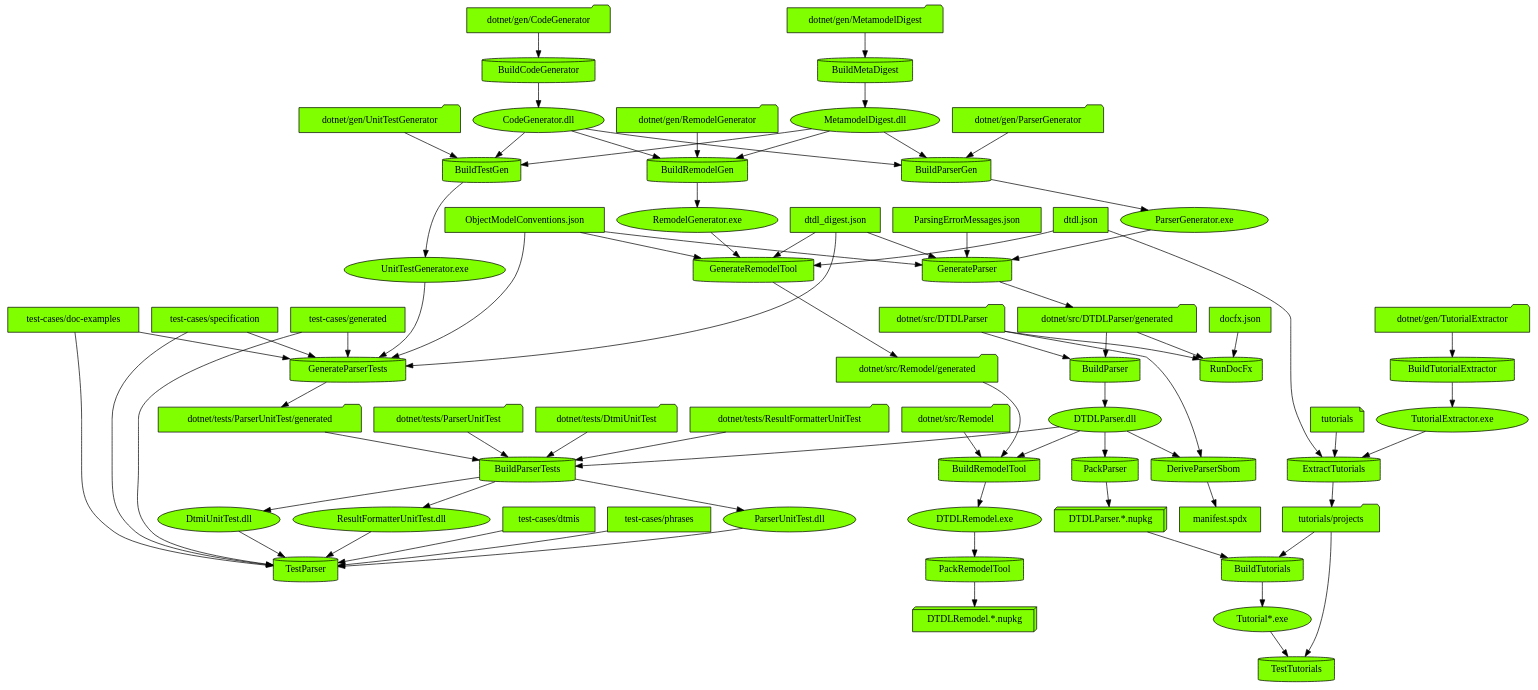
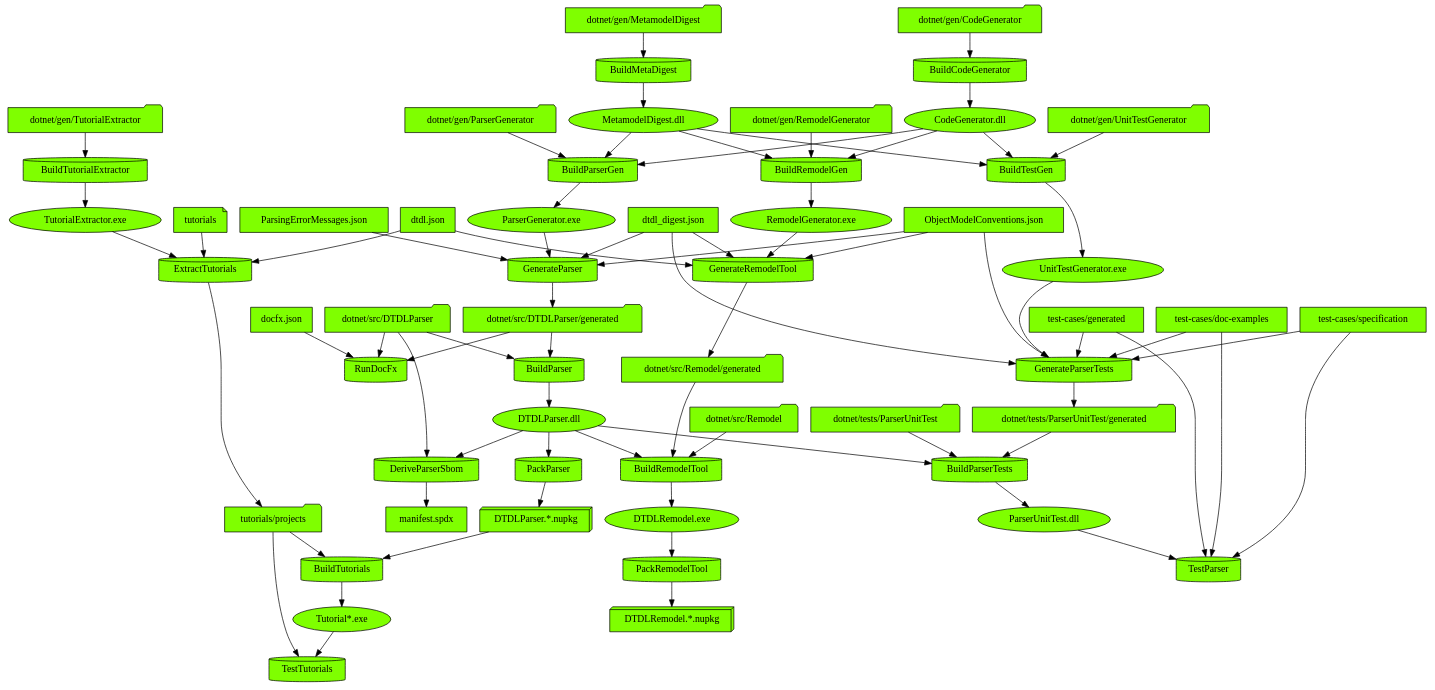
Before and after one commit to digitaltwinconsortium/DTDLParser: the diagram in images/input/generated/DevelopFlowDiagram.dot, drawn with Graphviz. The commit also changed 17 other files, not shown here.

```diff
--- a/images/input/generated/DevelopFlowDiagram.dot
+++ b/images/input/generated/DevelopFlowDiagram.dot
@@ -1,115 +1,123 @@
 digraph {
   {
+    "BuildTutorialExtractor" [shape=cylinder style=filled fillcolor=chartreuse]
+    "PackRemodelTool" [shape=cylinder style=filled fillcolor=chartreuse]
+    "GenerateParser" [shape=cylinder style=filled fillcolor=chartreuse]
+    "BuildRemodelGen" [shape=cylinder style=filled fillcolor=chartreuse]
+    "TestParser" [shape=cylinder style=filled fillcolor=chartreuse]
+    "PackParser" [shape=cylinder style=filled fillcolor=chartreuse]
+    "GenerateRemodelTool" [shape=cylinder style=filled fillcolor=chartreuse]
+    "TestTutorials" [shape=cylinder style=filled fillcolor=chartreuse]
     "BuildCodeGenerator" [shape=cylinder style=filled fillcolor=chartreuse]
+    "DeriveParserSbom" [shape=cylinder style=filled fillcolor=chartreuse]
+    "BuildTestGen" [shape=cylinder style=filled fillcolor=chartreuse]
+    "BuildRemodelTool" [shape=cylinder style=filled fillcolor=chartreuse]
+    "BuildParser" [shape=cylinder style=filled fillcolor=chartreuse]
+    "RunDocFx" [shape=cylinder style=filled fillcolor=chartreuse]
+    "ExtractTutorials" [shape=cylinder style=filled fillcolor=chartreuse]
+    "BuildTutorials" [shape=cylinder style=filled fillcolor=chartreuse]
+    "BuildParserGen" [shape=cylinder style=filled fillcolor=chartreuse]
     "BuildMetaDigest" [shape=cylinder style=filled fillcolor=chartreuse]
-    "BuildParser" [shape=cylinder style=filled fillcolor=chartreuse]
-    "BuildParserGen" [shape=cylinder style=filled fillcolor=chartreuse]
     "BuildParserTests" [shape=cylinder style=filled fillcolor=chartreuse]
-    "BuildRemodelGen" [shape=cylinder style=filled fillcolor=chartreuse]
-    "BuildRemodelTool" [shape=cylinder style=filled fillcolor=chartreuse]
-    "BuildTestGen" [shape=cylinder style=filled fillcolor=chartreuse]
-    "BuildTutorialExtractor" [shape=cylinder style=filled fillcolor=chartreuse]
-    "BuildTutorials" [shape=cylinder style=filled fillcolor=chartreuse]
-    "DeriveParserSbom" [shape=cylinder style=filled fillcolor=chartreuse]
-    "ExtractTutorials" [shape=cylinder style=filled fillcolor=chartreuse]
-    "GenerateParser" [shape=cylinder style=filled fillcolor=chartreuse]
     "GenerateParserTests" [shape=cylinder style=filled fillcolor=chartreuse]
-    "GenerateRemodelTool" [shape=cylinder style=filled fillcolor=chartreuse]
-    "PackParser" [shape=cylinder style=filled fillcolor=chartreuse]
-    "PackRemodelTool" [shape=cylinder style=filled fillcolor=chartreuse]
-    "RunDocFx" [shape=cylinder style=filled fillcolor=chartreuse]
-    "TestParser" [shape=cylinder style=filled fillcolor=chartreuse]
-    "TestTutorials" [shape=cylinder style=filled fillcolor=chartreuse]
-    "dotnet/gen/CodeGenerator" [shape=folder style=filled fillcolor=chartreuse]
-    "CodeGenerator.dll" [shape=ellipse style=filled fillcolor=chartreuse]
-    "dotnet/gen/MetamodelDigest" [shape=folder style=filled fillcolor=chartreuse]
-    "MetamodelDigest.dll" [shape=ellipse style=filled fillcolor=chartreuse]
-    "dotnet/src/DTDLParser" [shape=folder style=filled fillcolor=chartreuse]
-    "dotnet/src/DTDLParser/generated" [shape=folder style=filled fillcolor=chartreuse]
-    "DTDLParser.dll" [shape=ellipse style=filled fillcolor=chartreuse]
-    "dotnet/gen/ParserGenerator" [shape=folder style=filled fillcolor=chartreuse]
-    "ParserGenerator.exe" [shape=ellipse style=filled fillcolor=chartreuse]
-    "dotnet/tests/DtmiUnitTest" [shape=folder style=filled fillcolor=chartreuse]
-    "DtmiUnitTest.dll" [shape=ellipse style=filled fillcolor=chartreuse]
-    "dotnet/tests/ResultFormatterUnitTest" [shape=folder style=filled fillcolor=chartreuse]
-    "ResultFormatterUnitTest.dll" [shape=ellipse style=filled fillcolor=chartreuse]
-    "dotnet/tests/ParserUnitTest" [shape=folder style=filled fillcolor=chartreuse]
-    "dotnet/tests/ParserUnitTest/generated" [shape=folder style=filled fillcolor=chartreuse]
-    "ParserUnitTest.dll" [shape=ellipse style=filled fillcolor=chartreuse]
-    "dotnet/gen/RemodelGenerator" [shape=folder style=filled fillcolor=chartreuse]
-    "RemodelGenerator.exe" [shape=ellipse style=filled fillcolor=chartreuse]
-    "dotnet/src/Remodel" [shape=folder style=filled fillcolor=chartreuse]
-    "dotnet/src/Remodel/generated" [shape=folder style=filled fillcolor=chartreuse]
-    "DTDLRemodel.exe" [shape=ellipse style=filled fillcolor=chartreuse]
-    "dotnet/gen/UnitTestGenerator" [shape=folder style=filled fillcolor=chartreuse]
-    "UnitTestGenerator.exe" [shape=ellipse style=filled fillcolor=chartreuse]
     "dotnet/gen/TutorialExtractor" [shape=folder style=filled fillcolor=chartreuse]
     "TutorialExtractor.exe" [shape=ellipse style=filled fillcolor=chartreuse]
-    "DTDLParser.*.nupkg" [shape=box3d style=filled fillcolor=chartreuse]
-    "tutorials/projects" [shape=folder style=filled fillcolor=chartreuse]
-    "Tutorial*.exe" [shape=ellipse style=filled fillcolor=chartreuse]
-    "manifest.spdx" [shape=box style=filled fillcolor=chartreuse]
-    "dtdl.json" [shape=box style=filled fillcolor=chartreuse]
-    "tutorials" [shape=note style=filled fillcolor=chartreuse]
+    "DTDLRemodel.exe" [shape=ellipse style=filled fillcolor=chartreuse]
+    "DTDLRemodel.*.nupkg" [shape=box3d style=filled fillcolor=chartreuse]
+    "ParserGenerator.exe" [shape=ellipse style=filled fillcolor=chartreuse]
     "dtdl_digest.json" [shape=box style=filled fillcolor=chartreuse]
     "ObjectModelConventions.json" [shape=box style=filled fillcolor=chartreuse]
     "ParsingErrorMessages.json" [shape=box style=filled fillcolor=chartreuse]
+    "dotnet/src/DTDLParser/generated" [shape=folder style=filled fillcolor=chartreuse]
+    "dotnet/gen/RemodelGenerator" [shape=folder style=filled fillcolor=chartreuse]
+    "MetamodelDigest.dll" [shape=ellipse style=filled fillcolor=chartreuse]
+    "CodeGenerator.dll" [shape=ellipse style=filled fillcolor=chartreuse]
+    "RemodelGenerator.exe" [shape=ellipse style=filled fillcolor=chartreuse]
+    "ParserUnitTest.dll" [shape=ellipse style=filled fillcolor=chartreuse]
     "test-cases/generated" [shape=box style=filled fillcolor=chartreuse]
     "test-cases/doc-examples" [shape=box style=filled fillcolor=chartreuse]
     "test-cases/specification" [shape=box style=filled fillcolor=chartreuse]
-    "DTDLRemodel.*.nupkg" [shape=box3d style=filled fillcolor=chartreuse]
+    "DTDLParser.dll" [shape=ellipse style=filled fillcolor=chartreuse]
+    "DTDLParser.*.nupkg" [shape=box3d style=filled fillcolor=chartreuse]
+    "dtdl.json" [shape=box style=filled fillcolor=chartreuse]
+    "dotnet/src/Remodel/generated" [shape=folder style=filled fillcolor=chartreuse]
+    "Tutorial*.exe" [shape=ellipse style=filled fillcolor=chartreuse]
+    "tutorials/projects" [shape=folder style=filled fillcolor=chartreuse]
+    "dotnet/gen/CodeGenerator" [shape=folder style=filled fillcolor=chartreuse]
+    "dotnet/src/DTDLParser" [shape=folder style=filled fillcolor=chartreuse]
+    "manifest.spdx" [shape=box style=filled fillcolor=chartreuse]
+    "dotnet/gen/UnitTestGenerator" [shape=folder style=filled fillcolor=chartreuse]
+    "UnitTestGenerator.exe" [shape=ellipse style=filled fillcolor=chartreuse]
+    "dotnet/src/Remodel" [shape=folder style=filled fillcolor=chartreuse]
     "docfx.json" [shape=box style=filled fillcolor=chartreuse]
-    "test-cases/dtmis" [shape=box style=filled fillcolor=chartreuse]
-    "test-cases/phrases" [shape=box style=filled fillcolor=chartreuse]
+    "tutorials" [shape=note style=filled fillcolor=chartreuse]
+    "dotnet/gen/ParserGenerator" [shape=folder style=filled fillcolor=chartreuse]
+    "dotnet/gen/MetamodelDigest" [shape=folder style=filled fillcolor=chartreuse]
+    "dotnet/tests/ParserUnitTest" [shape=folder style=filled fillcolor=chartreuse]
+    "dotnet/tests/ParserUnitTest/generated" [shape=folder style=filled fillcolor=chartreuse]
   }
-  "dotnet/gen/CodeGenerator" -> "BuildCodeGenerator"
-  "BuildCodeGenerator" -> "CodeGenerator.dll"
-  "dotnet/gen/MetamodelDigest" -> "BuildMetaDigest"
-  "BuildMetaDigest" -> "MetamodelDigest.dll"
-  "dotnet/src/DTDLParser" -> "BuildParser"
-  "dotnet/src/DTDLParser/generated" -> "BuildParser"
-  "BuildParser" -> "DTDLParser.dll"
-  "dotnet/gen/ParserGenerator" -> "BuildParserGen"
-  "MetamodelDigest.dll" -> "BuildParserGen"
-  "CodeGenerator.dll" -> "BuildParserGen"
-  "BuildParserGen" -> "ParserGenerator.exe"
-  "dotnet/tests/DtmiUnitTest" -> "BuildParserTests"
-  "BuildParserTests" -> "DtmiUnitTest.dll"
-  "dotnet/tests/ResultFormatterUnitTest" -> "BuildParserTests"
-  "BuildParserTests" -> "ResultFormatterUnitTest.dll"
-  "dotnet/tests/ParserUnitTest" -> "BuildParserTests"
-  "dotnet/tests/ParserUnitTest/generated" -> "BuildParserTests"
-  "DTDLParser.dll" -> "BuildParserTests"
-  "BuildParserTests" -> "ParserUnitTest.dll"
-  "dotnet/gen/RemodelGenerator" -> "BuildRemodelGen"
-  "MetamodelDigest.dll" -> "BuildRemodelGen"
-  "CodeGenerator.dll" -> "BuildRemodelGen"
-  "BuildRemodelGen" -> "RemodelGenerator.exe"
-  "dotnet/src/Remodel" -> "BuildRemodelTool"
-  "dotnet/src/Remodel/generated" -> "BuildRemodelTool"
-  "DTDLParser.dll" -> "BuildRemodelTool"
-  "BuildRemodelTool" -> "DTDLRemodel.exe"
-  "dotnet/gen/UnitTestGenerator" -> "BuildTestGen"
-  "MetamodelDigest.dll" -> "BuildTestGen"
-  "CodeGenerator.dll" -> "BuildTestGen"
-  "BuildTestGen" -> "UnitTestGenerator.exe"
   "dotnet/gen/TutorialExtractor" -> "BuildTutorialExtractor"
   "BuildTutorialExtractor" -> "TutorialExtractor.exe"
-  "DTDLParser.*.nupkg" -> "BuildTutorials"
-  "tutorials/projects" -> "BuildTutorials"
-  "BuildTutorials" -> "Tutorial*.exe"
-  "DTDLParser.dll" -> "DeriveParserSbom"
-  "dotnet/src/DTDLParser" -> "DeriveParserSbom"
-  "DeriveParserSbom" -> "manifest.spdx"
-  "TutorialExtractor.exe" -> "ExtractTutorials"
-  "dtdl.json" -> "ExtractTutorials"
-  "tutorials" -> "ExtractTutorials"
-  "ExtractTutorials" -> "tutorials/projects"
+  "DTDLRemodel.exe" -> "PackRemodelTool"
+  "PackRemodelTool" -> "DTDLRemodel.*.nupkg"
   "ParserGenerator.exe" -> "GenerateParser"
   "dtdl_digest.json" -> "GenerateParser"
   "ObjectModelConventions.json" -> "GenerateParser"
   "ParsingErrorMessages.json" -> "GenerateParser"
   "GenerateParser" -> "dotnet/src/DTDLParser/generated"
+  "dotnet/gen/RemodelGenerator" -> "BuildRemodelGen"
+  "MetamodelDigest.dll" -> "BuildRemodelGen"
+  "CodeGenerator.dll" -> "BuildRemodelGen"
+  "BuildRemodelGen" -> "RemodelGenerator.exe"
+  "ParserUnitTest.dll" -> "TestParser"
+  "test-cases/generated" -> "TestParser"
+  "test-cases/doc-examples" -> "TestParser"
+  "test-cases/specification" -> "TestParser"
+  "DTDLParser.dll" -> "PackParser"
+  "PackParser" -> "DTDLParser.*.nupkg"
+  "RemodelGenerator.exe" -> "GenerateRemodelTool"
+  "dtdl.json" -> "GenerateRemodelTool"
+  "dtdl_digest.json" -> "GenerateRemodelTool"
+  "ObjectModelConventions.json" -> "GenerateRemodelTool"
+  "GenerateRemodelTool" -> "dotnet/src/Remodel/generated"
+  "Tutorial*.exe" -> "TestTutorials"
+  "tutorials/projects" -> "TestTutorials"
+  "dotnet/gen/CodeGenerator" -> "BuildCodeGenerator"
+  "BuildCodeGenerator" -> "CodeGenerator.dll"
+  "DTDLParser.dll" -> "DeriveParserSbom"
+  "dotnet/src/DTDLParser" -> "DeriveParserSbom"
+  "DeriveParserSbom" -> "manifest.spdx"
+  "dotnet/gen/UnitTestGenerator" -> "BuildTestGen"
+  "MetamodelDigest.dll" -> "BuildTestGen"
+  "CodeGenerator.dll" -> "BuildTestGen"
+  "BuildTestGen" -> "UnitTestGenerator.exe"
+  "dotnet/src/Remodel" -> "BuildRemodelTool"
+  "dotnet/src/Remodel/generated" -> "BuildRemodelTool"
+  "DTDLParser.dll" -> "BuildRemodelTool"
+  "BuildRemodelTool" -> "DTDLRemodel.exe"
+  "dotnet/src/DTDLParser" -> "BuildParser"
+  "dotnet/src/DTDLParser/generated" -> "BuildParser"
+  "BuildParser" -> "DTDLParser.dll"
+  "dotnet/src/DTDLParser" -> "RunDocFx"
+  "dotnet/src/DTDLParser/generated" -> "RunDocFx"
+  "docfx.json" -> "RunDocFx"
+  "TutorialExtractor.exe" -> "ExtractTutorials"
+  "dtdl.json" -> "ExtractTutorials"
+  "tutorials" -> "ExtractTutorials"
+  "ExtractTutorials" -> "tutorials/projects"
+  "DTDLParser.*.nupkg" -> "BuildTutorials"
+  "tutorials/projects" -> "BuildTutorials"
+  "BuildTutorials" -> "Tutorial*.exe"
+  "dotnet/gen/ParserGenerator" -> "BuildParserGen"
+  "MetamodelDigest.dll" -> "BuildParserGen"
+  "CodeGenerator.dll" -> "BuildParserGen"
+  "BuildParserGen" -> "ParserGenerator.exe"
+  "dotnet/gen/MetamodelDigest" -> "BuildMetaDigest"
+  "BuildMetaDigest" -> "MetamodelDigest.dll"
+  "dotnet/tests/ParserUnitTest" -> "BuildParserTests"
+  "dotnet/tests/ParserUnitTest/generated" -> "BuildParserTests"
+  "DTDLParser.dll" -> "BuildParserTests"
+  "BuildParserTests" -> "ParserUnitTest.dll"
   "UnitTestGenerator.exe" -> "GenerateParserTests"
   "dtdl_digest.json" -> "GenerateParserTests"
   "ObjectModelConventions.json" -> "GenerateParserTests"
@@ -117,26 +125,4 @@
   "test-cases/doc-examples" -> "GenerateParserTests"
   "test-cases/specification" -> "GenerateParserTests"
   "GenerateParserTests" -> "dotnet/tests/ParserUnitTest/generated"
-  "RemodelGenerator.exe" -> "GenerateRemodelTool"
-  "dtdl.json" -> "GenerateRemodelTool"
-  "dtdl_digest.json" -> "GenerateRemodelTool"
-  "ObjectModelConventions.json" -> "GenerateRemodelTool"
-  "GenerateRemodelTool" -> "dotnet/src/Remodel/generated"
-  "DTDLParser.dll" -> "PackParser"
-  "PackParser" -> "DTDLParser.*.nupkg"
-  "DTDLRemodel.exe" -> "PackRemodelTool"
-  "PackRemodelTool" -> "DTDLRemodel.*.nupkg"
-  "dotnet/src/DTDLParser" -> "RunDocFx"
-  "dotnet/src/DTDLParser/generated" -> "RunDocFx"
-  "docfx.json" -> "RunDocFx"
-  "DtmiUnitTest.dll" -> "TestParser"
-  "test-cases/dtmis" -> "TestParser"
-  "ResultFormatterUnitTest.dll" -> "TestParser"
-  "test-cases/phrases" -> "TestParser"
-  "ParserUnitTest.dll" -> "TestParser"
-  "test-cases/generated" -> "TestParser"
-  "test-cases/doc-examples" -> "TestParser"
-  "test-cases/specification" -> "TestParser"
-  "Tutorial*.exe" -> "TestTutorials"
-  "tutorials/projects" -> "TestTutorials"
 }
```
